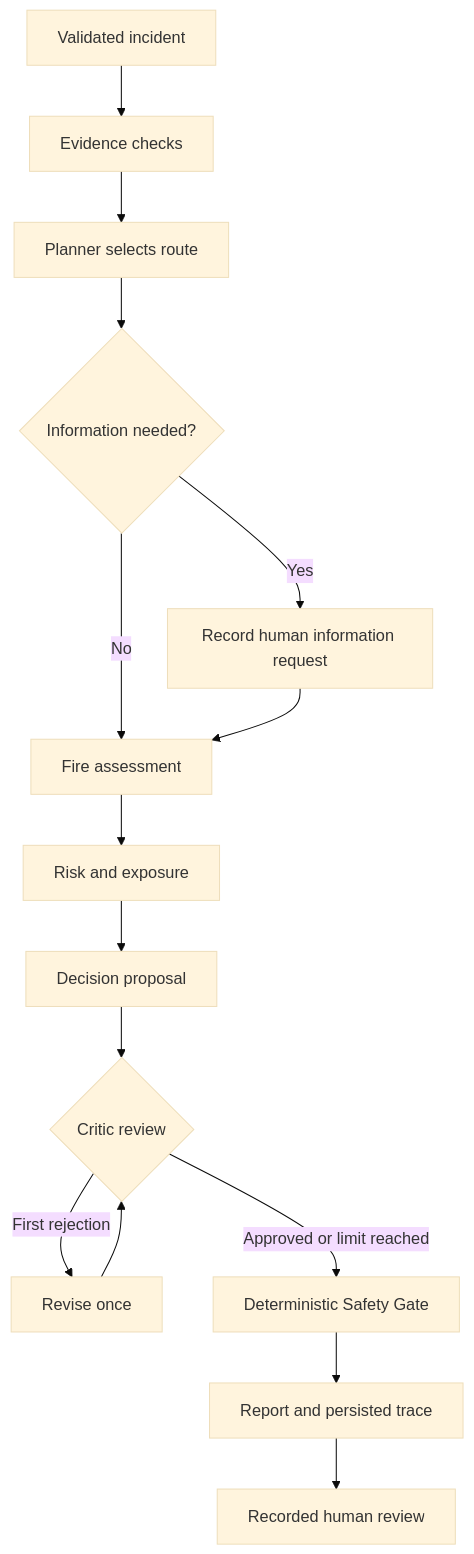
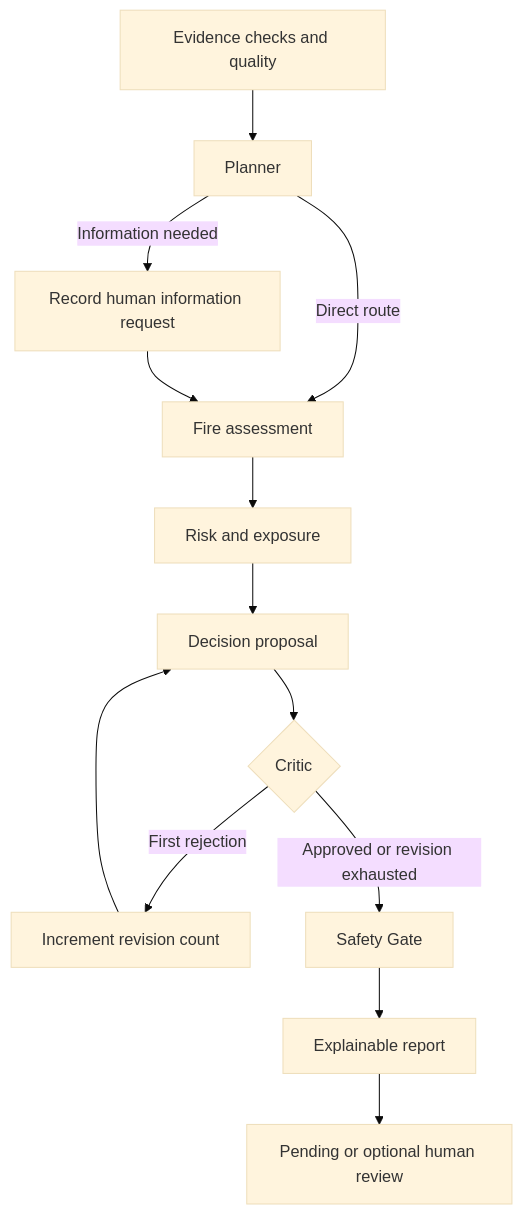
Before and after one commit to raquelquiterio2014-byte/firewatch-ai-lab: the diagram in docs/ARCHITECTURE.md, drawn with Mermaid (base theme). The commit also changed other lines of this file and 14 other files, not shown here.

Commit message:
Build V2 LangGraph workflow with conditional routes and evidence quality

````diff
--- a/docs/ARCHITECTURE.md
+++ b/docs/ARCHITECTURE.md
@@ -7,17 +7,15 @@
 ```mermaid
 flowchart TD
-    Input[Validated incident] --> Evidence[Evidence checks]
-    Evidence --> Planner[Planner selects route]
-    Planner --> Route{Information needed?}
-    Route -->|Yes| Request[Record human information request]
-    Route -->|No| Assessment[Fire assessment]
-    Request --> Assessment
-    Assessment --> Risk[Risk and exposure]
-    Risk --> Decision[Decision proposal]
-    Decision --> Critic{Critic review}
-    Critic -->|First rejection| Revision[Revise once]
-    Revision --> Critic
-    Critic -->|Approved or limit reached| Safety[Deterministic Safety Gate]
-    Safety --> Report[Report and persisted trace]
-    Report --> Human[Recorded human review]
+    E[Evidence checks and quality] --> P[Planner]
+    P -->|Direct route| A[Fire assessment]
+    P -->|Information needed| I[Record human information request]
+    I --> A
+    A --> R[Risk and exposure]
+    R --> D[Decision proposal]
+    D --> C{Critic}
+    C -->|First rejection| V[Increment revision count]
+    V --> D
+    C -->|Approved or revision exhausted| S[Safety Gate]
+    S --> F[Explainable report]
+    F --> H[Pending or optional human review]
 ```
````
